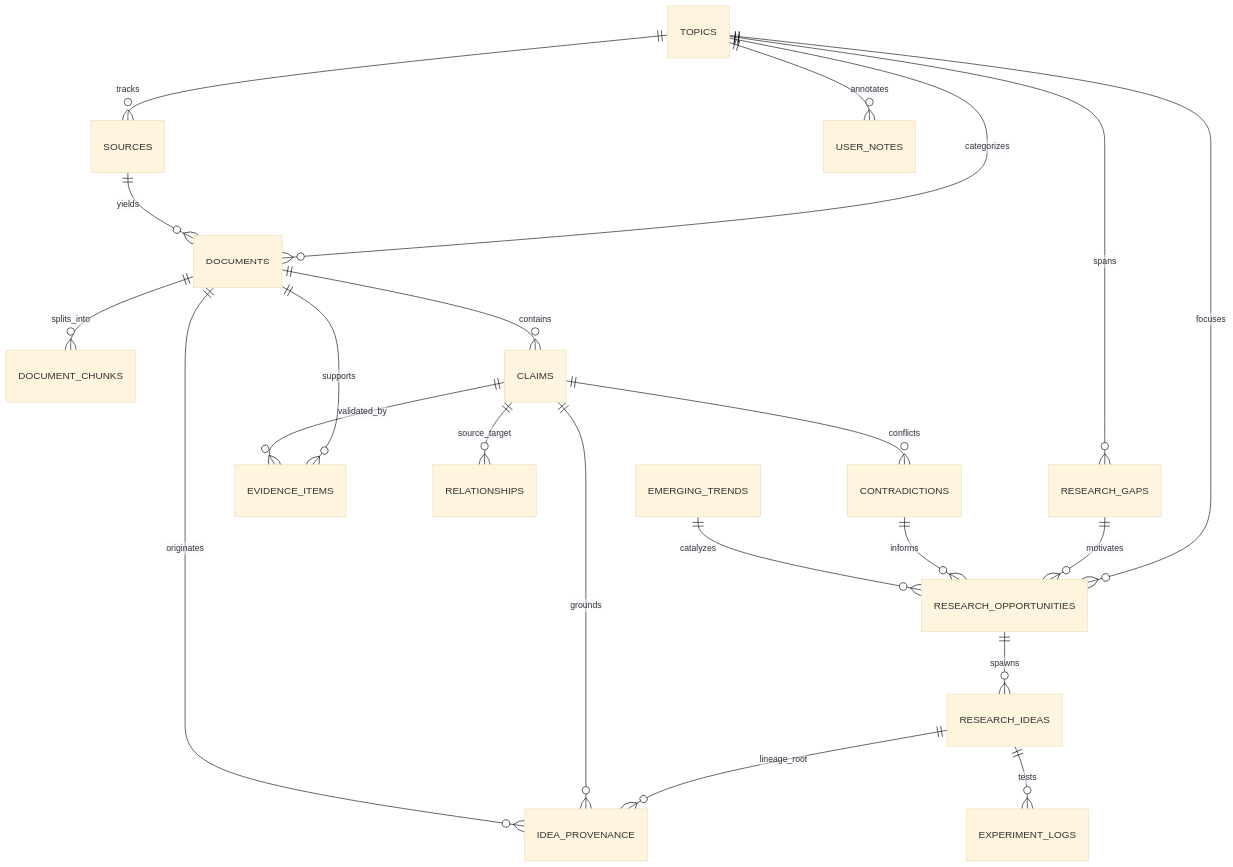
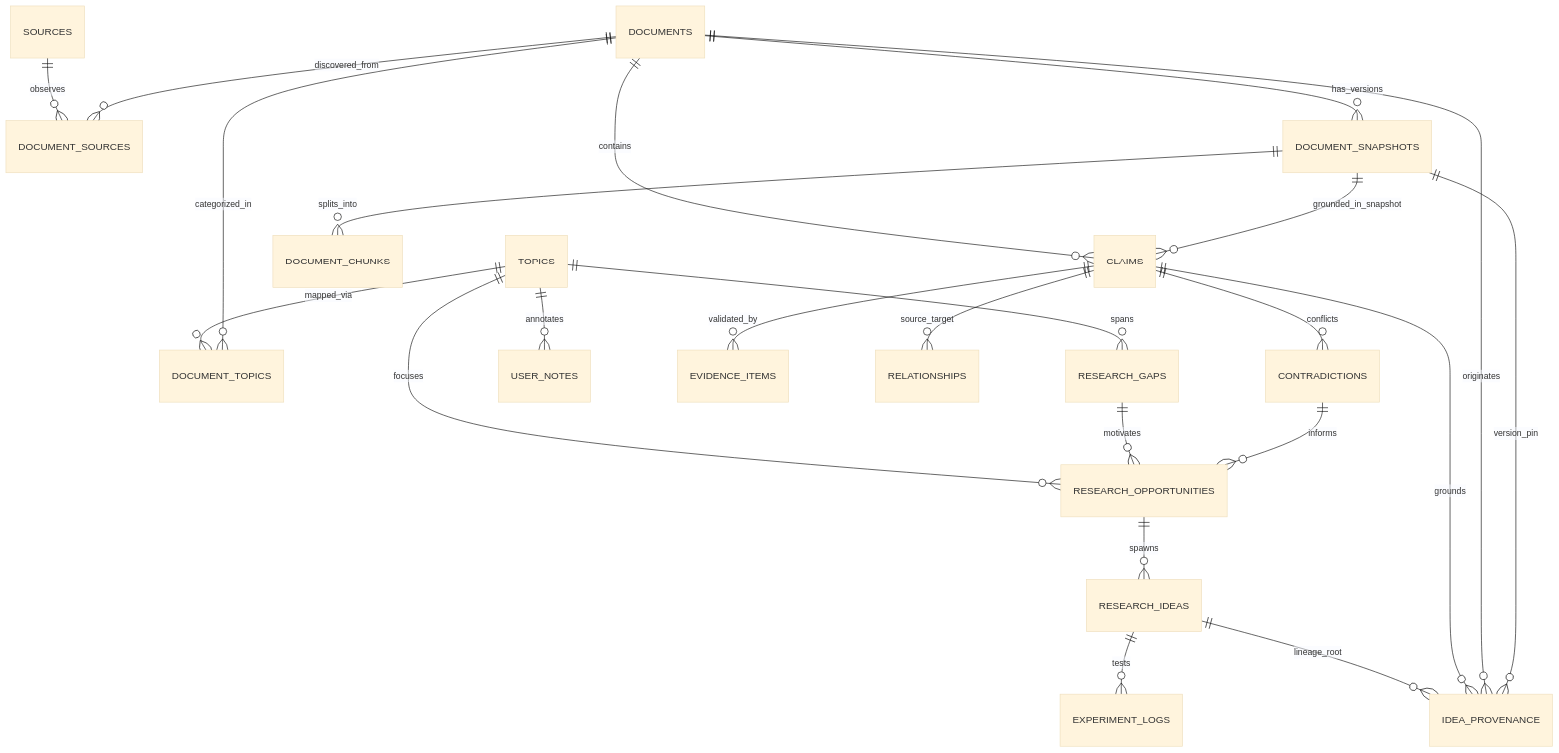
One commit to Phuchello/NCKH changed the diagram in docs/DATA_MODEL.md. Above: the diagram before and after it, drawn with Mermaid (base theme). The commit also changed other lines of this file and 14 other files, not shown here.

Commit message:
fix(arch): G0.1 architecture corrections across topic cardinality, snapshot model, and epistemology

````diff
--- a/docs/DATA_MODEL.md
+++ b/docs/DATA_MODEL.md
@@ -5,28 +5,31 @@
 ```mermaid
 erDiagram
-    TOPICS ||--o{ SOURCES : "tracks"
-    TOPICS ||--o{ DOCUMENTS : "categorizes"
+    TOPICS ||--o{ DOCUMENT_TOPICS : "mapped_via"
+    DOCUMENTS ||--o{ DOCUMENT_TOPICS : "categorized_in"
     TOPICS ||--o{ RESEARCH_GAPS : "spans"
     TOPICS ||--o{ RESEARCH_OPPORTUNITIES : "focuses"
     TOPICS ||--o{ USER_NOTES : "annotates"
 
-    SOURCES ||--o{ DOCUMENTS : "yields"
-    DOCUMENTS ||--o{ DOCUMENT_CHUNKS : "splits_into"
+    SOURCES ||--o{ DOCUMENT_SOURCES : "observes"
+    DOCUMENTS ||--o{ DOCUMENT_SOURCES : "discovered_from"
+    
+    DOCUMENTS ||--o{ DOCUMENT_SNAPSHOTS : "has_versions"
+    DOCUMENT_SNAPSHOTS ||--o{ DOCUMENT_CHUNKS : "splits_into"
     DOCUMENTS ||--o{ CLAIMS : "contains"
-    DOCUMENTS ||--o{ EVIDENCE_ITEMS : "supports"
-
+    DOCUMENT_SNAPSHOTS ||--o{ CLAIMS : "grounded_in_snapshot"
+    
     CLAIMS ||--o{ EVIDENCE_ITEMS : "validated_by"
     CLAIMS ||--o{ RELATIONSHIPS : "source_target"
     CLAIMS ||--o{ CONTRADICTIONS : "conflicts"
 
     RESEARCH_GAPS ||--o{ RESEARCH_OPPORTUNITIES : "motivates"
     CONTRADICTIONS ||--o{ RESEARCH_OPPORTUNITIES : "informs"
-    EMERGING_TRENDS ||--o{ RESEARCH_OPPORTUNITIES : "catalyzes"
 
     RESEARCH_OPPORTUNITIES ||--o{ RESEARCH_IDEAS : "spawns"
     RESEARCH_IDEAS ||--o{ IDEA_PROVENANCE : "lineage_root"
     CLAIMS ||--o{ IDEA_PROVENANCE : "grounds"
     DOCUMENTS ||--o{ IDEA_PROVENANCE : "originates"
+    DOCUMENT_SNAPSHOTS ||--o{ IDEA_PROVENANCE : "version_pin"
 
     RESEARCH_IDEAS ||--o{ EXPERIMENT_LOGS : "tests"
 ```
````
